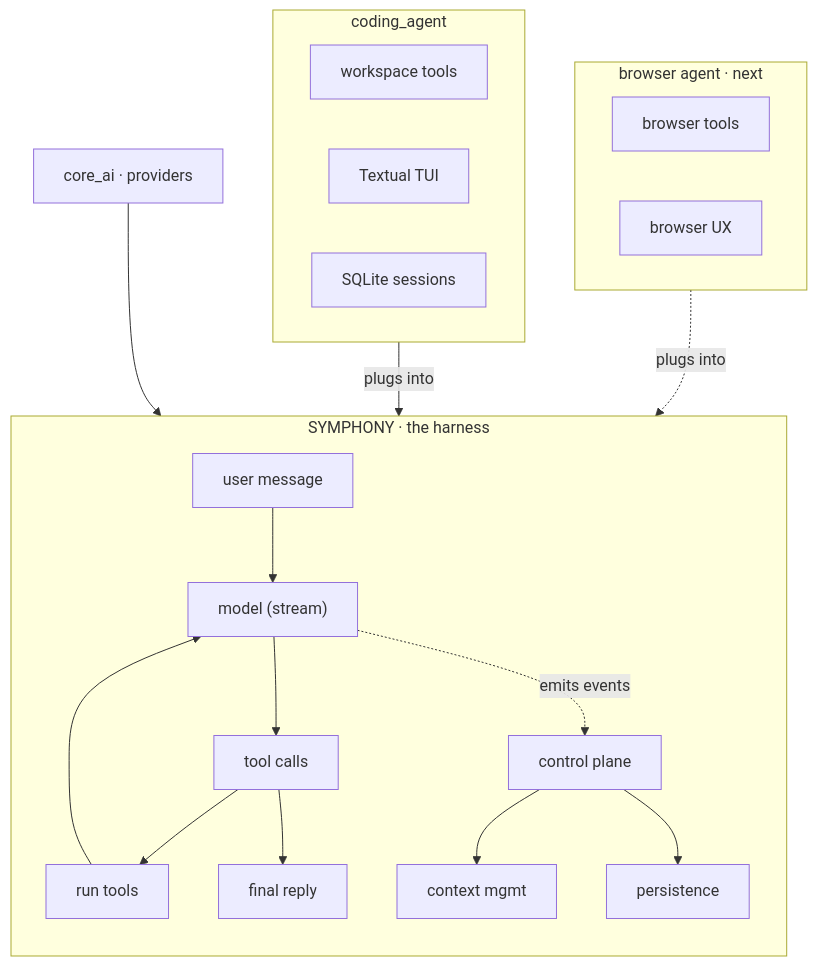
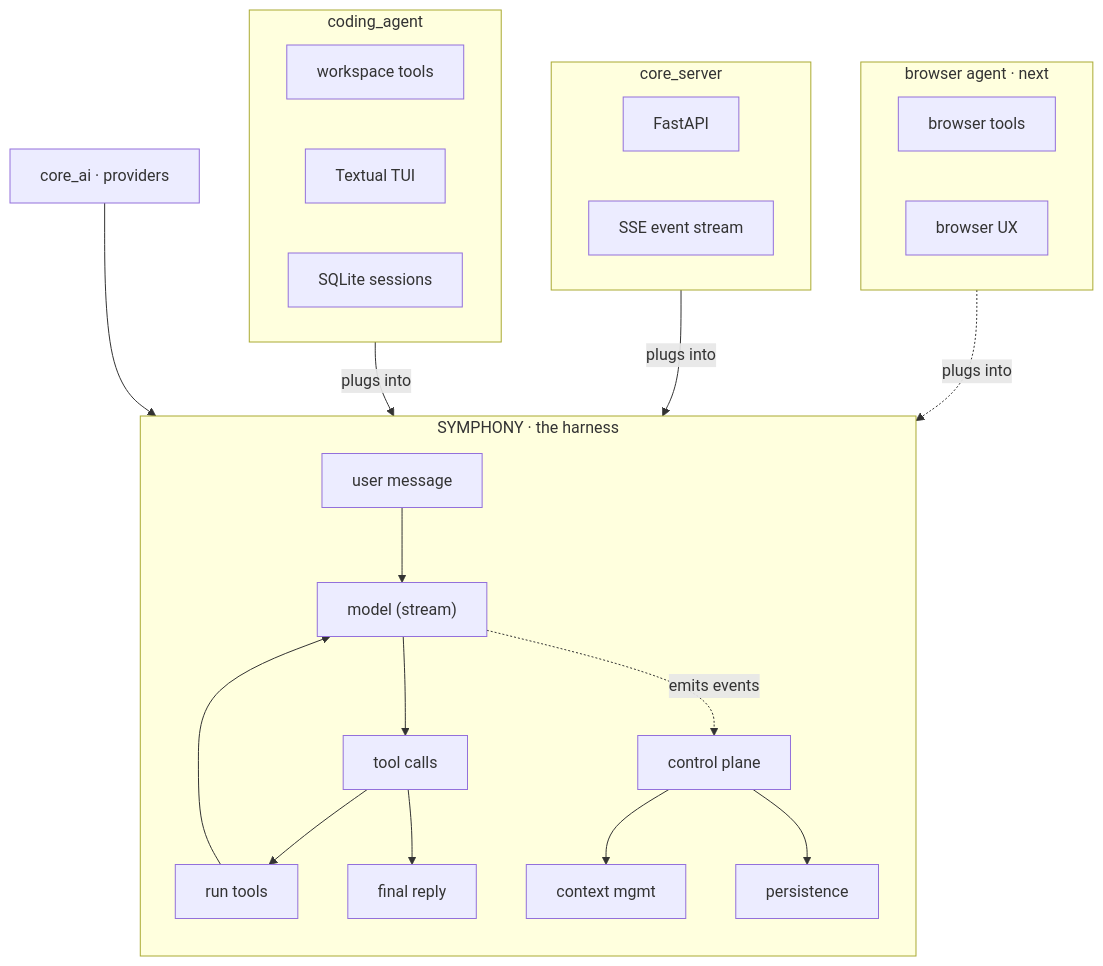
The diagram in README.md (Sarthakischauhan/symphony), drawn with Mermaid before and after one commit. The commit also changed other lines of this file and 2 other files, not shown here.

Commit message:
chore(core_server): update remaining docs, deps for core_server

````diff
--- a/README.md
+++ b/README.md
@@ -11,30 +11,36 @@
 ```mermaid
 flowchart TD
     subgraph SYM["SYMPHONY · the harness"]
         direction TB
         U["user message"] --> M["model (stream)"]
         M --> TC["tool calls"]
         TC --> RT["run tools"]
         RT --> M
         TC --> FR["final reply"]
         M -. "emits events" .-> CP["control plane"]
         CP --> CTX["context mgmt"]
         CP --> PER["persistence"]
     end
 
     AI["core_ai · providers"] --> M
 
     subgraph COD["coding_agent"]
         WS["workspace tools"]
         TU["Textual TUI"]
         SQ["SQLite sessions"]
     end
 
+    subgraph SRV["core_server"]
+        API["FastAPI"]
+        SSE["SSE event stream"]
+    end
+
     subgraph BROW["browser agent · next"]
         BT["browser tools"]
         BU["browser UX"]
     end
 
     COD -- "plugs into" --> SYM
+    SRV -- "plugs into" --> SYM
     BROW -. "plugs into" .-> SYM
 ```
````
